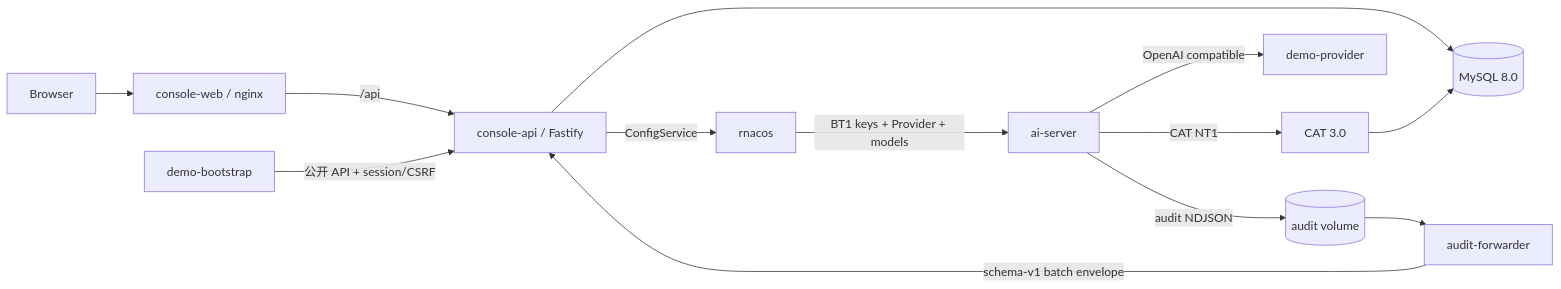
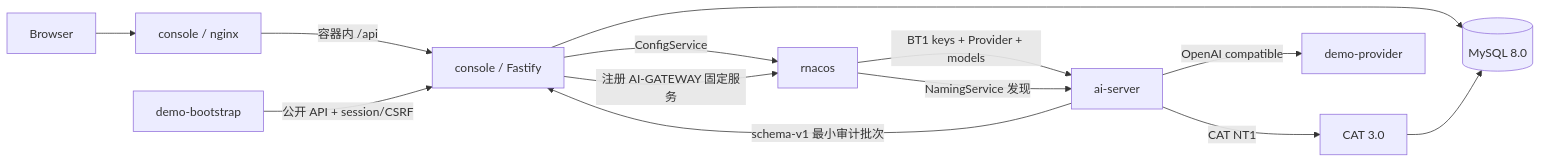
The diagram in docs/demo-stack-design.md (fiber-net-gateway/ai-gateway), drawn with Mermaid before and after one commit. The commit also changed other lines of this file and 139 other files, not shown here.

````diff
--- a/docs/demo-stack-design.md
+++ b/docs/demo-stack-design.md
@@ -5,15 +5,15 @@
 ```mermaid
 flowchart LR
-    B[Browser] --> W[console-web / nginx]
-    W -->|/api| A[console-api / Fastify]
+    B[Browser] --> W[console / nginx]
+    W -->|容器内 /api| A[console / Fastify]
     A --> M[(MySQL 8.0)]
     A -->|ConfigService| N[rnacos]
     I[demo-bootstrap] -->|公开 API + session/CSRF| A
     N -->|BT1 keys + Provider + models| S[ai-server]
     S -->|OpenAI compatible| P[demo-provider]
     S -->|CAT NT1| C[CAT 3.0]
-    S -->|audit NDJSON| V[(audit volume)]
-    F[audit-forwarder] -->|schema-v1 batch envelope| A
-    V --> F
+    A -->|注册 AI-GATEWAY 固定服务| N
+    N -->|NamingService 发现| S
+    S -->|schema-v1 最小审计批次| A
     C --> M
 ```
````
